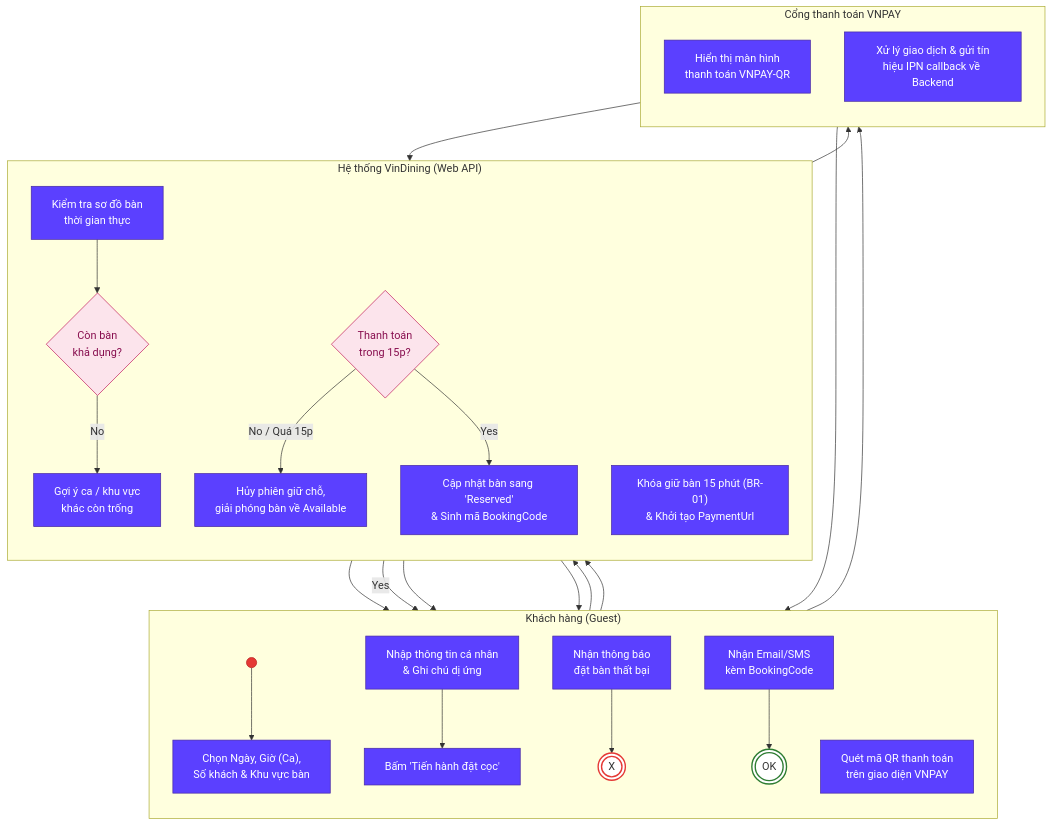
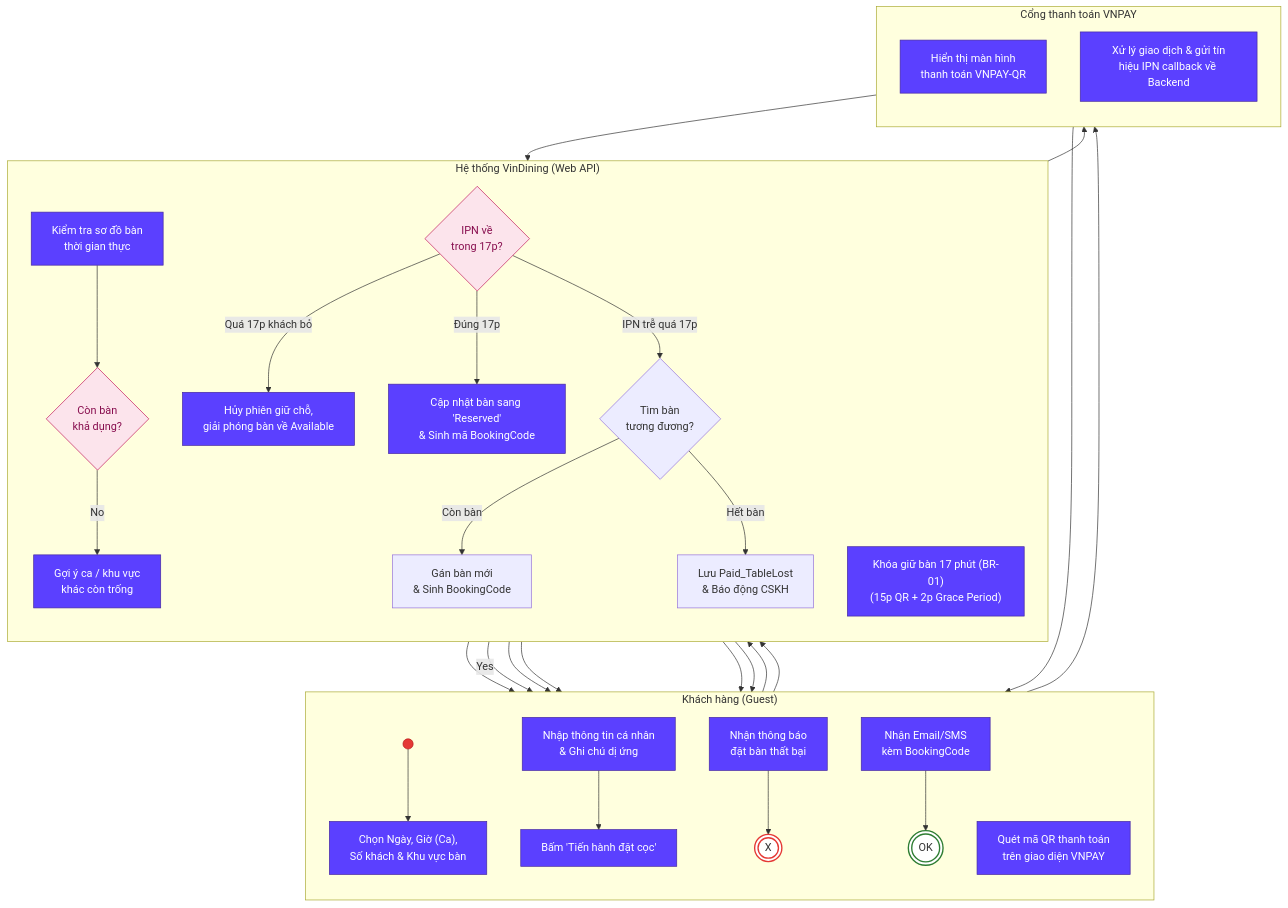
One commit to AndrewQng/VinDining changed the third of 10 diagrams in docs/phase1/03_BAO_CAO_PHAN_TICH.md. Above: the diagram before and after it, drawn with Mermaid. The commit also changed other lines of this file and 9 other files, not shown here.

Commit message:
docs: initialize phase 1 project documentation and activity diagrams

````diff
--- a/docs/phase1/03_BAO_CAO_PHAN_TICH.md
+++ b/docs/phase1/03_BAO_CAO_PHAN_TICH.md
@@ -423,70 +425,78 @@
 ```mermaid
 flowchart TD
     subgraph Guest ["Khách hàng (Guest)"]
         direction TB
         G_Start(( ))
         G1["Chọn Ngày, Giờ (Ca),<br/>Số khách & Khu vực bàn"]
         G2["Nhập thông tin cá nhân<br/>& Ghi chú dị ứng"]
         G3["Bấm 'Tiến hành đặt cọc'"]
         G4["Quét mã QR thanh toán<br/>trên giao diện VNPAY"]
         G_Fail["Nhận thông báo<br/>đặt bàn thất bại"]
         G_EndFail(((X)))
         G_Success["Nhận Email/SMS<br/>kèm BookingCode"]
         G_EndSuccess(((OK)))
     end
 
     subgraph System ["Hệ thống VinDining (Web API)"]
         direction TB
         S1["Kiểm tra sơ đồ bàn<br/>thời gian thực"]
         S_Dec1{"Còn bàn<br/>khả dụng?"}
         S_Alt["Gợi ý ca / khu vực<br/>khác còn trống"]
-        S2["Khóa giữ bàn 15 phút (BR-01)<br/>& Khởi tạo PaymentUrl"]
-        S_Dec2{"Thanh toán<br/>trong 15p?"}
+        S2["Khóa giữ bàn 17 phút (BR-01)<br/>(15p QR + 2p Grace Period)"]
+        S_Dec2{"IPN về<br/>trong 17p?"}
         S_Cancel["Hủy phiên giữ chỗ,<br/>giải phóng bàn về Available"]
         S_Confirm["Cập nhật bàn sang 'Reserved'<br/>& Sinh mã BookingCode"]
+        S_LateIPN{"Tìm bàn<br/>tương đương?"}
+        S_Reallocate["Gán bàn mới<br/>& Sinh BookingCode"]
+        S_Alert["Lưu Paid_TableLost<br/>& Báo động CSKH"]
     end
 
     subgraph VNPAY ["Cổng thanh toán VNPAY"]
         direction TB
         V1["Hiển thị màn hình<br/>thanh toán VNPAY-QR"]
         V2["Xử lý giao dịch & gửi tín<br/>hiệu IPN callback về Backend"]
     end
 
     G_Start --> G1
     G1 --> S1
     S1 --> S_Dec1
     S_Dec1 -->|No| S_Alt
     S_Alt --> G1
     S_Dec1 -->|Yes| G2
     G2 --> G3
     G3 --> S2
     S2 --> V1
     V1 --> G4
     G4 --> V2
     V2 --> S_Dec2
-    S_Dec2 -->|No / Quá 15p| S_Cancel
+    S_Dec2 -->|Quá 17p khách bỏ| S_Cancel
     S_Cancel --> G_Fail
     G_Fail --> G_EndFail
-    S_Dec2 -->|Yes| S_Confirm
+    S_Dec2 -->|Đúng 17p| S_Confirm
     S_Confirm --> G_Success
+    S_Dec2 -->|IPN trễ quá 17p| S_LateIPN
+    S_LateIPN -->|Còn bàn| S_Reallocate
+    S_Reallocate --> G_Success
+    S_LateIPN -->|Hết bàn| S_Alert
+    S_Alert --> G_Fail
     G_Success --> G_EndSuccess
 
     style G_Start fill:#e53935,stroke:#b71c1c
     style G_EndFail fill:#ffffff,stroke:#e53935,stroke-width:2px
     style G_EndSuccess fill:#ffffff,stroke:#2e7d32,stroke-width:2px
     style S_Dec1 fill:#fce4ec,stroke:#c2185b,color:#880e4f
     style S_Dec2 fill:#fce4ec,stroke:#c2185b,color:#880e4f
     style G1 fill:#5b40ff,stroke:#4527a0,color:#ffffff
     style G2 fill:#5b40ff,stroke:#4527a0,color:#ffffff
     style G3 fill:#5b40ff,stroke:#4527a0,color:#ffffff
     style G4 fill:#5b40ff,stroke:#4527a0,color:#ffffff
     style G_Fail fill:#5b40ff,stroke:#4527a0,color:#ffffff
     style G_Success fill:#5b40ff,stroke:#4527a0,color:#ffffff
     style S1 fill:#5b40ff,stroke:#4527a0,color:#ffffff
     style S_Alt fill:#5b40ff,stroke:#4527a0,color:#ffffff
     style S2 fill:#5b40ff,stroke:#4527a0,color:#ffffff
     style S_Cancel fill:#5b40ff,stroke:#4527a0,color:#ffffff
     style S_Confirm fill:#5b40ff,stroke:#4527a0,color:#ffffff
     style V1 fill:#5b40ff,stroke:#4527a0,color:#ffffff
     style V2 fill:#5b40ff,stroke:#4527a0,color:#ffffff
 ```
````
